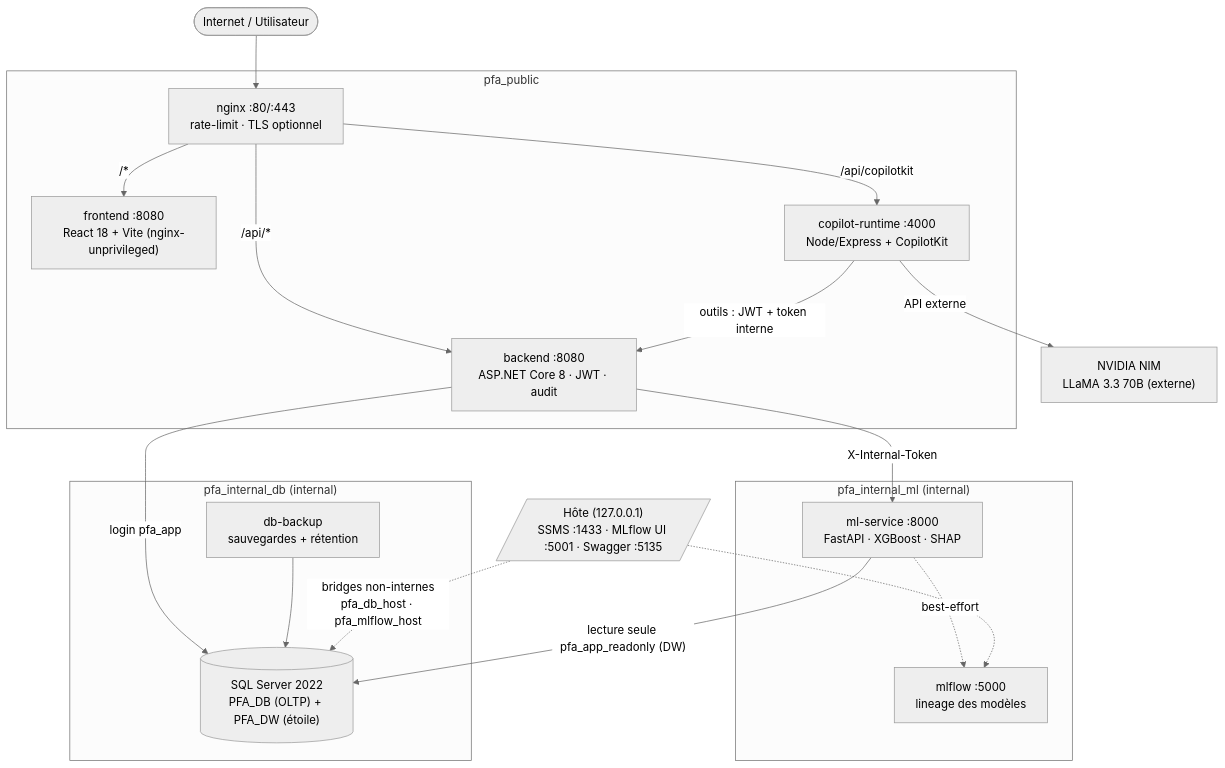
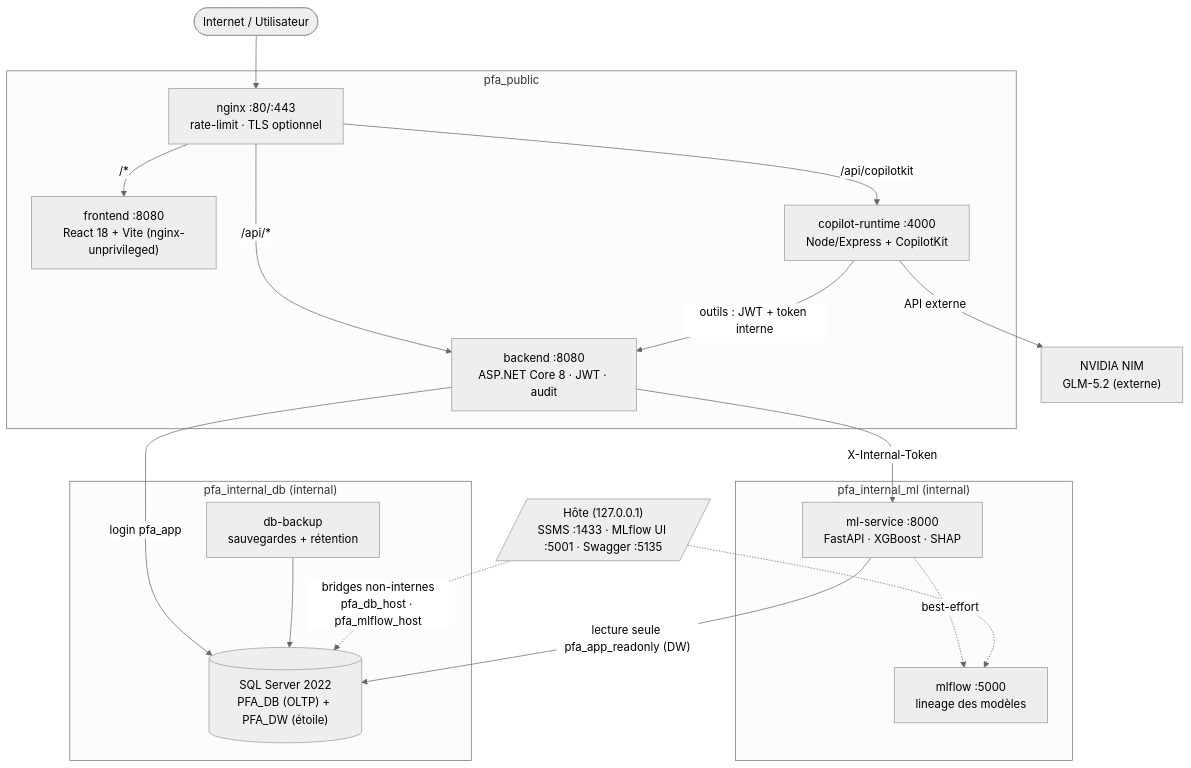
One commit to anouaramghar/plateforme-decisionnelle-pfa changed the diagram in docs/architecture.md. Above: the diagram before and after it, drawn with Mermaid (neutral theme). The commit also changed 7 other files, not shown here.

````diff
--- a/docs/architecture.md
+++ b/docs/architecture.md
@@ -8,37 +8,37 @@
 ```mermaid
 flowchart TB
     internet(["Internet / Utilisateur"])
-    nim["NVIDIA NIM<br/>LLaMA 3.3 70B (externe)"]
+    nim["NVIDIA NIM<br/>GLM-5.2 (externe)"]
     host[/"Hôte (127.0.0.1)<br/>SSMS :1433 · MLflow UI :5001 · Swagger :5135"/]
 
     subgraph public["pfa_public"]
         nginx["nginx :80/:443<br/>rate-limit · TLS optionnel"]
         frontend["frontend :8080<br/>React 18 + Vite (nginx-unprivileged)"]
         backend["backend :8080<br/>ASP.NET Core 8 · JWT · audit"]
         copilot["copilot-runtime :4000<br/>Node/Express + CopilotKit"]
     end
 
     subgraph internal_ml["pfa_internal_ml (internal)"]
         ml["ml-service :8000<br/>FastAPI · XGBoost · SHAP"]
         mlflow["mlflow :5000<br/>lineage des modèles"]
     end
 
     subgraph internal_db["pfa_internal_db (internal)"]
         db[("SQL Server 2022<br/>PFA_DB (OLTP) + PFA_DW (étoile)")]
         backup["db-backup<br/>sauvegardes + rétention"]
     end
 
     internet --> nginx
     nginx -->|"/*"| frontend
     nginx -->|"/api/*"| backend
     nginx -->|"/api/copilotkit"| copilot
     copilot -->|"outils : JWT + token interne"| backend
     copilot -->|"API externe"| nim
     backend -->|"X-Internal-Token"| ml
     backend -->|"login pfa_app"| db
     ml -->|"lecture seule pfa_app_readonly (DW)"| db
     ml -.->|"best-effort"| mlflow
     backup --> db
     host -.->|"bridges non-internes<br/>pfa_db_host · pfa_mlflow_host"| db
     host -.-> mlflow
 ```
````
